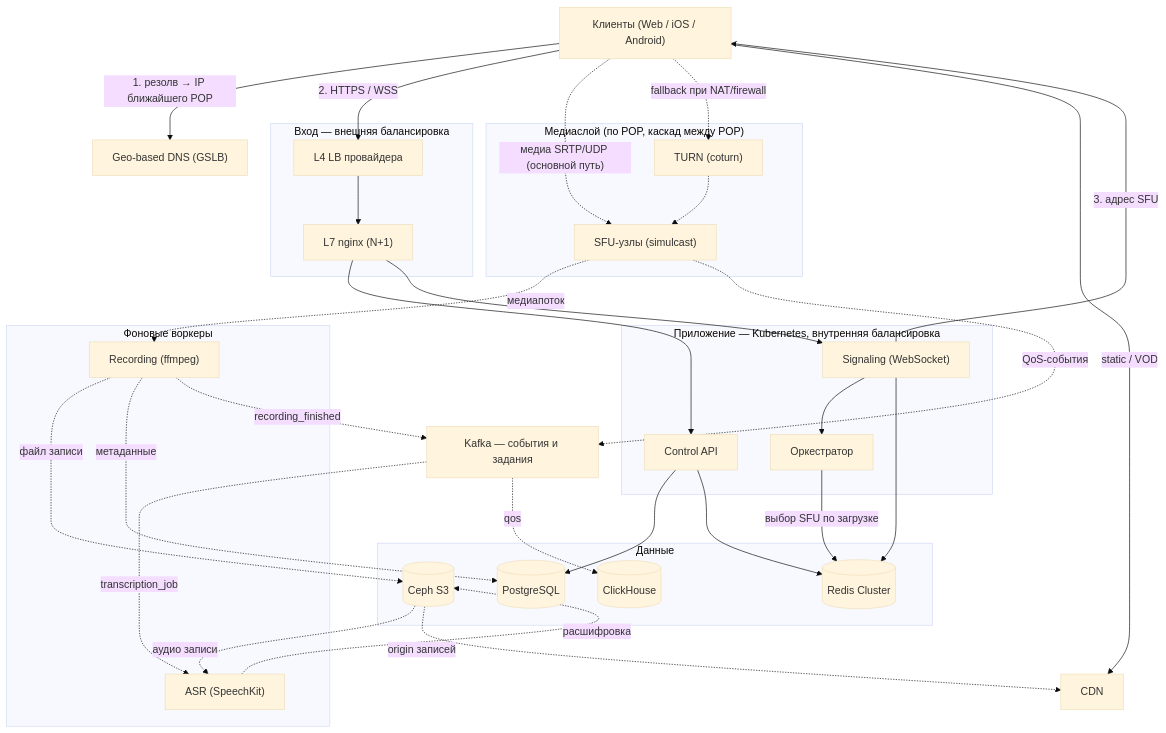
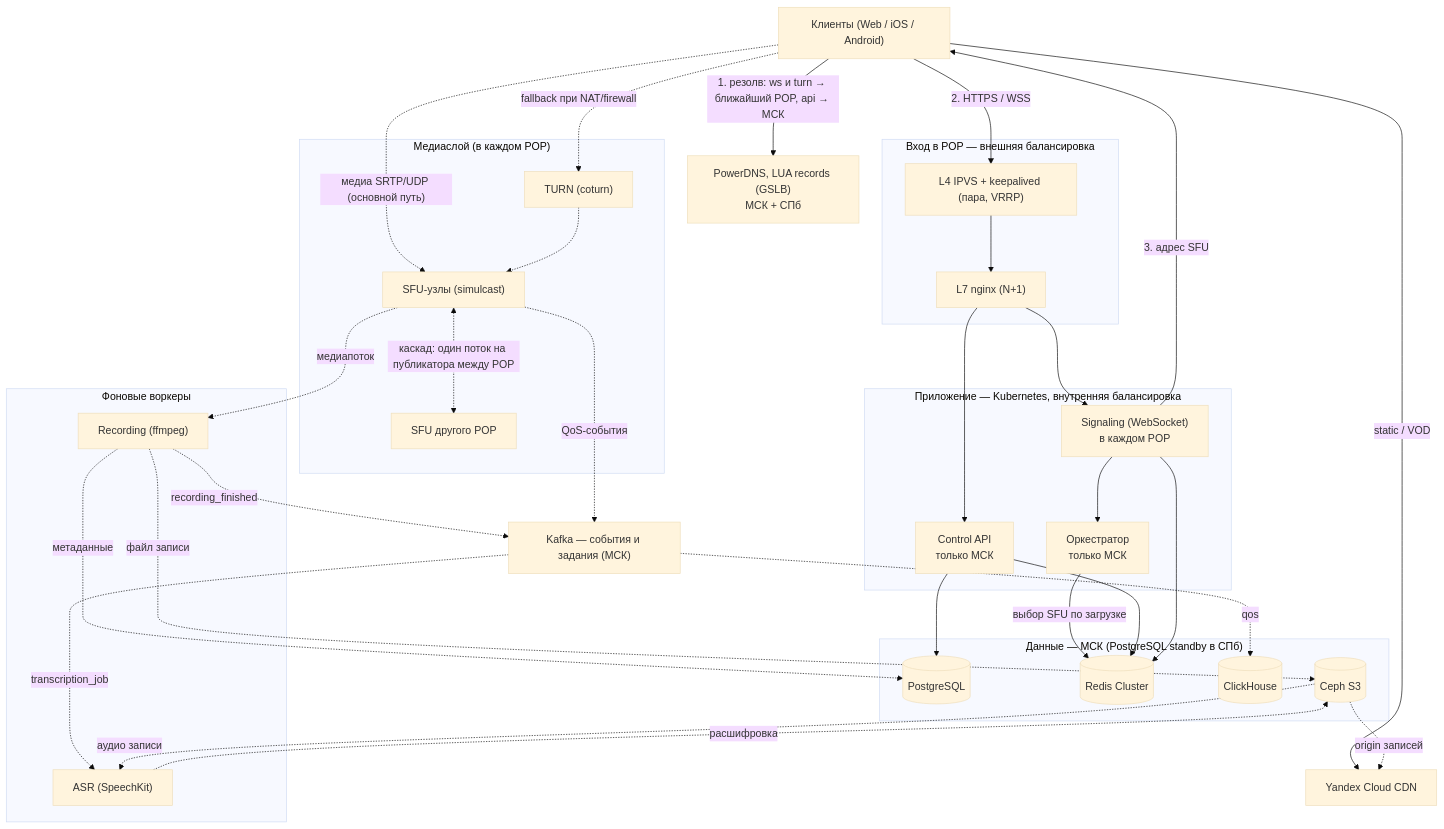
The fifth of 5 diagrams in README.md (armishev/highload_course_project), drawn with Mermaid (base theme) before and after one commit. The commit also changed other lines of this file, not shown here.

````diff
--- a/README.md
+++ b/README.md
@@ -1143,66 +1247,68 @@
 ```mermaid
 flowchart TD
     C["Клиенты (Web / iOS / Android)"]
-    DNS["Geo-based DNS (GSLB)"]
+    DNS["PowerDNS, LUA records (GSLB)<br/>МСК + СПб"]
 
-    subgraph EDGE["Вход — внешняя балансировка"]
-        L4["L4 LB провайдера"]
+    subgraph EDGE["Вход в POP — внешняя балансировка"]
+        L4["L4 IPVS + keepalived (пара, VRRP)"]
         L7["L7 nginx (N+1)"]
     end
 
     subgraph APP["Приложение — Kubernetes, внутренняя балансировка"]
-        API["Control API"]
-        SIG["Signaling (WebSocket)"]
-        ORC["Оркестратор"]
+        SIG["Signaling (WebSocket)<br/>в каждом POP"]
+        API["Control API<br/>только МСК"]
+        ORC["Оркестратор<br/>только МСК"]
     end
 
-    subgraph MEDIA["Медиаслой (по POP, каскад между POP)"]
+    subgraph MEDIA["Медиаслой (в каждом POP)"]
         SFU["SFU-узлы (simulcast)"]
+        SFU2["SFU другого POP"]
         TURN["TURN (coturn)"]
     end
 
     subgraph WORK["Фоновые воркеры"]
         REC["Recording (ffmpeg)"]
         ASR["ASR (SpeechKit)"]
     end
 
-    subgraph DATA["Данные"]
+    subgraph DATA["Данные — МСК (PostgreSQL standby в СПб)"]
         PG[("PostgreSQL")]
         RD[("Redis Cluster")]
         CH[("ClickHouse")]
         OS[("Ceph S3")]
     end
 
-    KAFKA["Kafka — события и задания"]
-    CDN["CDN"]
+    KAFKA["Kafka — события и задания (МСК)"]
+    CDN["Yandex Cloud CDN"]
 
-    C -->|"1. резолв → IP ближайшего POP"| DNS
+    C -->|"1. резолв: ws и turn → ближайший POP, api → МСК"| DNS
     C -->|"2. HTTPS / WSS"| L4
     L4 --> L7
     L7 --> API
     L7 --> SIG
     SIG --> ORC
     ORC -->|"выбор SFU по загрузке"| RD
     SIG -->|"3. адрес SFU"| C
     API --> PG
     API --> RD
     SIG --> RD
 
     C -.->|"медиа SRTP/UDP (основной путь)"| SFU
     C -.->|"fallback при NAT/firewall"| TURN
     TURN -.-> SFU
+    SFU <-.->|"каскад: один поток на публикатора между POP"| SFU2
 
     SFU -.->|"медиапоток"| REC
     REC -.->|"файл записи"| OS
     REC -.->|"метаданные"| PG
     REC -.->|"recording_finished"| KAFKA
     KAFKA -.->|"transcription_job"| ASR
     OS -.->|"аудио записи"| ASR
     ASR -.->|"расшифровка"| OS
 
     SFU -.->|"QoS-события"| KAFKA
     KAFKA -.->|"qos"| CH
 
     C -->|"static / VOD"| CDN
     OS -.->|"origin записей"| CDN
 ```
````
